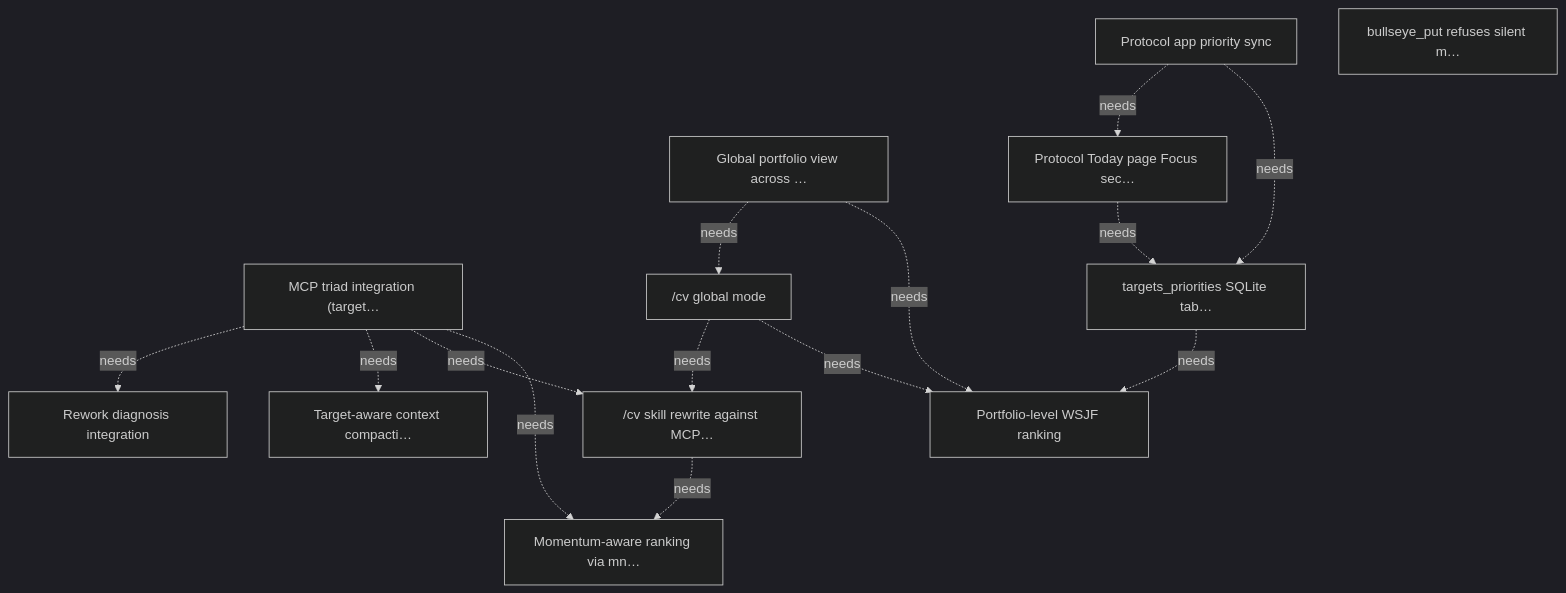
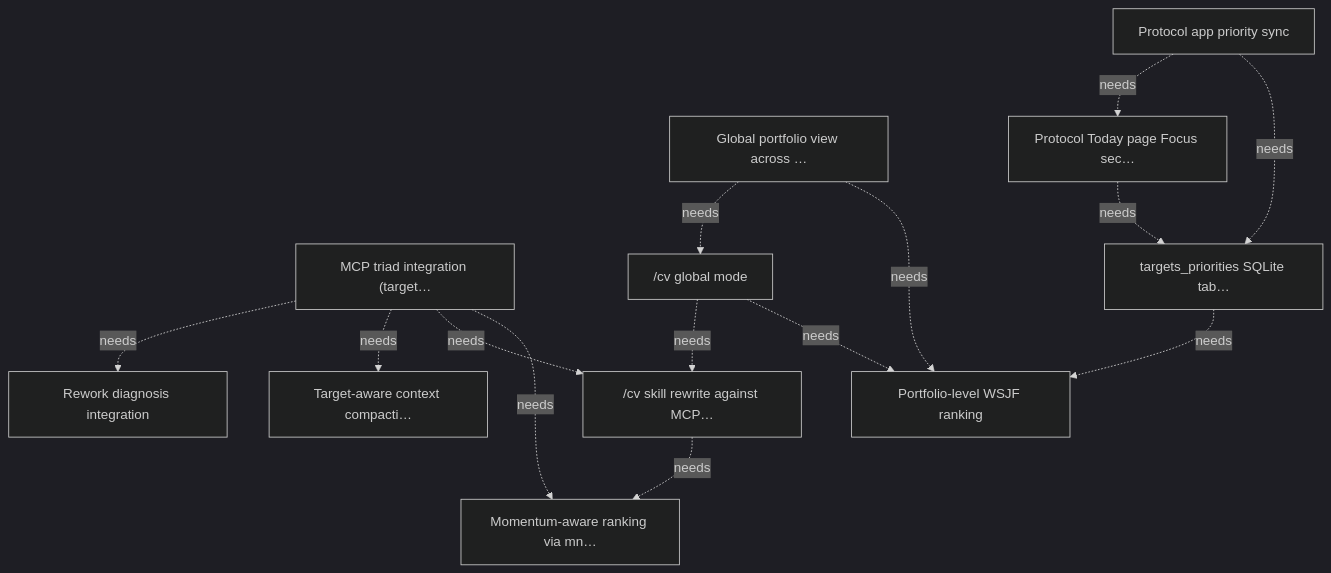
Before and after one commit to marcelocantos/bullseye: the diagram in docs/targets.md, drawn with Mermaid (dark theme). The commit also changed other lines of this file and 7 other files, not shown here.

````diff
--- a/docs/targets.md
+++ b/docs/targets.md
@@ -406,28 +408,27 @@
 ```mermaid
 graph TD
     T1["MCP triad integration (target…"]
     T1_2["Momentum-aware ranking via mn…"]
     T1_3["/cv skill rewrite against MCP…"]
     T1_4["Target-aware context compacti…"]
     T1_5["Rework diagnosis integration"]
     T2["Global portfolio view across …"]
     T2_3["Portfolio-level WSJF ranking"]
     T2_4["/cv global mode"]
     T3["Protocol app priority sync"]
     T3_1["targets_priorities SQLite tab…"]
     T3_2["Protocol Today page Focus sec…"]
-    T8["bullseye_put refuses silent m…"]
     T1 -.->|needs| T1_2
     T1 -.->|needs| T1_3
     T1 -.->|needs| T1_4
     T1 -.->|needs| T1_5
     T1_3 -.->|needs| T1_2
     T2 -.->|needs| T2_3
     T2 -.->|needs| T2_4
     T2_4 -.->|needs| T2_3
     T2_4 -.->|needs| T1_3
     T3 -.->|needs| T3_1
     T3 -.->|needs| T3_2
     T3_1 -.->|needs| T2_3
     T3_2 -.->|needs| T3_1
 ```
````
